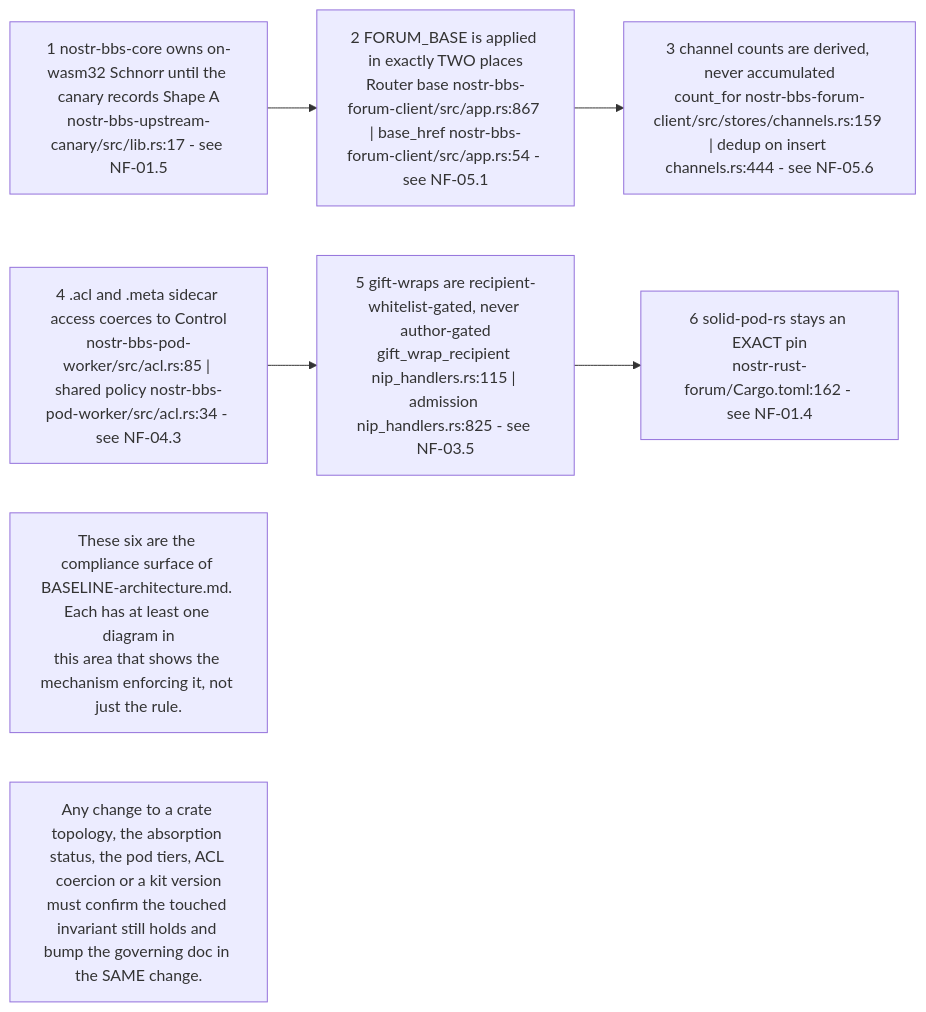
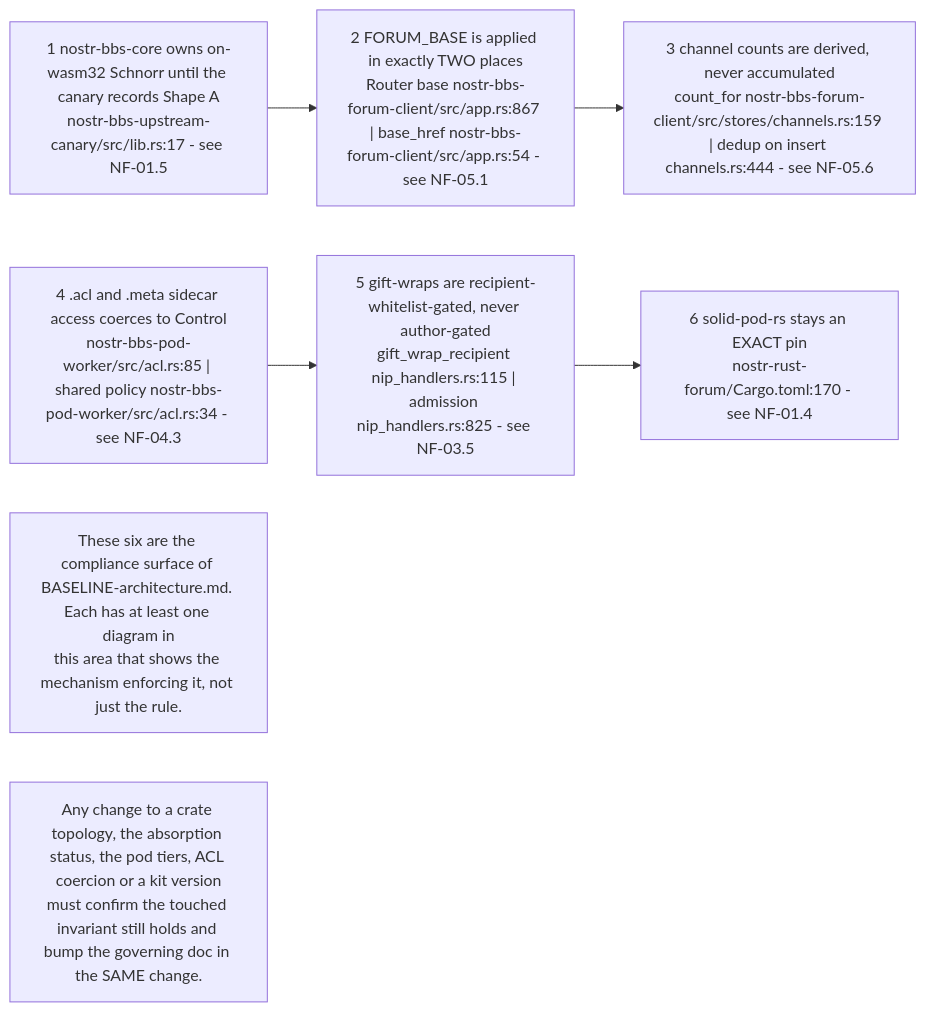
One commit to DreamLab-AI/VisionFlow changed the first of 10 diagrams in docs/diagrams/nostr-rust-forum/10-invariants-and-anomaly-register.md. Above: the diagram before and after it, drawn with Mermaid. The commit also changed other lines of this file and 31 other files, not shown here.

````diff
--- a/docs/diagrams/nostr-rust-forum/10-invariants-and-anomaly-register.md
+++ b/docs/diagrams/nostr-rust-forum/10-invariants-and-anomaly-register.md
@@ -52,15 +55,15 @@
 ```mermaid
 flowchart LR
     I1["1 nostr-bbs-core owns on-wasm32 Schnorr until the canary records Shape A<br/>nostr-bbs-upstream-canary/src/lib.rs:17 - see NF-01.5"]
     I2["2 FORUM_BASE is applied in exactly TWO places<br/>Router base nostr-bbs-forum-client/src/app.rs:867 | base_href nostr-bbs-forum-client/src/app.rs:54 - see NF-05.1"]
     I3["3 channel counts are derived, never accumulated<br/>count_for nostr-bbs-forum-client/src/stores/channels.rs:159 | dedup on insert channels.rs:444 - see NF-05.6"]
     I4["4 .acl and .meta sidecar access coerces to Control<br/>nostr-bbs-pod-worker/src/acl.rs:85 | shared policy nostr-bbs-pod-worker/src/acl.rs:34 - see NF-04.3"]
     I5["5 gift-wraps are recipient-whitelist-gated, never author-gated<br/>gift_wrap_recipient nip_handlers.rs:115 | admission nip_handlers.rs:825 - see NF-03.5"]
-    I6["6 solid-pod-rs stays an EXACT pin<br/>nostr-rust-forum/Cargo.toml:162 - see NF-01.4"]
+    I6["6 solid-pod-rs stays an EXACT pin<br/>nostr-rust-forum/Cargo.toml:170 - see NF-01.4"]
 
     I1 --> I2 --> I3
     I4 --> I5 --> I6
 
     N1["These six are the compliance surface of BASELINE-architecture.md. Each has at least one diagram in<br/>this area that shows the mechanism enforcing it, not just the rule."]
     N2["Any change to a crate topology, the absorption status, the pod tiers, ACL coercion or a kit version<br/>must confirm the touched invariant still holds and bump the governing doc in the SAME change."]
 ```
````
